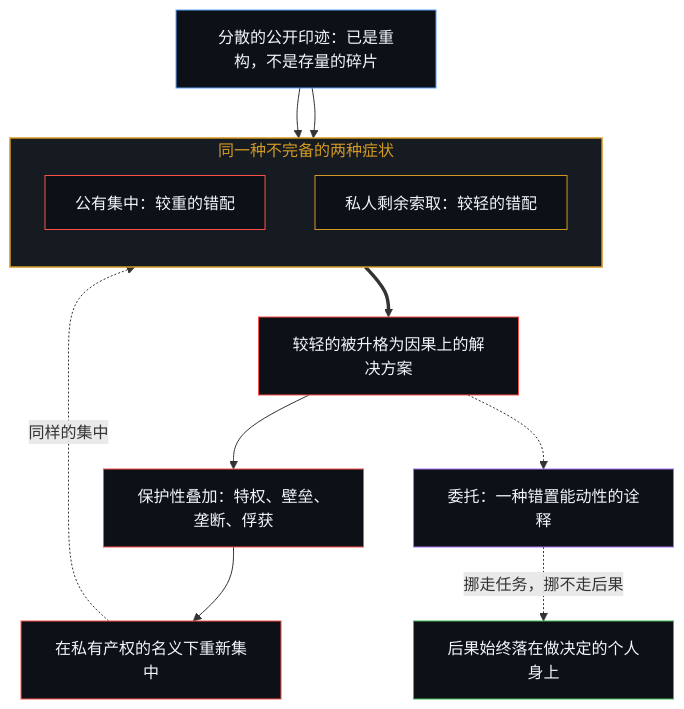
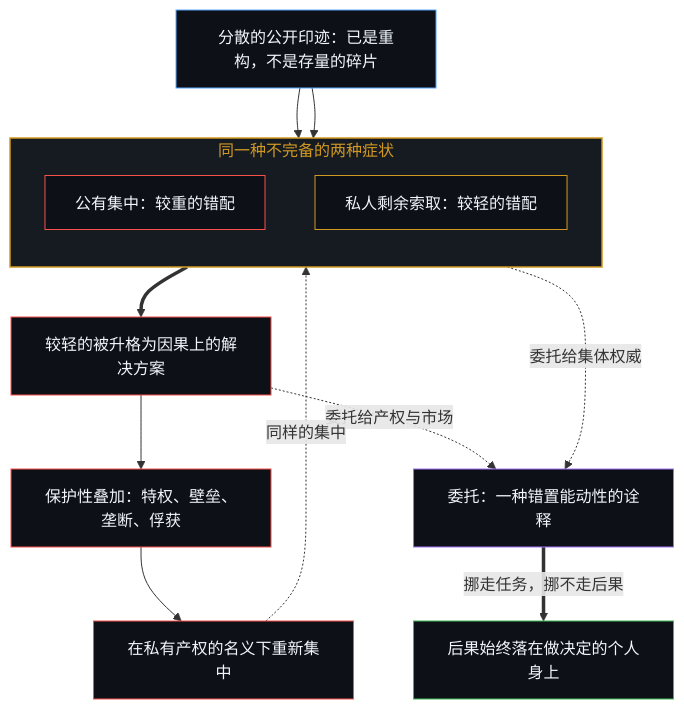
Before and after one commit to powerpig99/not-a-toe: the first of 2 diagrams in content/posts/the-knowledge-problem-and-the-illusion-of-delegation.md, drawn with Mermaid. The commit also changed other lines of this file and 3 other files, not shown here.

````diff
--- a/content/posts/the-knowledge-problem-and-the-illusion-of-delegation.md
+++ b/content/posts/the-knowledge-problem-and-the-illusion-of-delegation.md
@@ -69,29 +75,30 @@
 ```mermaid
 flowchart TD
     K["分散的公开印迹：已是重构，不是存量的碎片"]
     subgraph S_Sym["同一种不完备的两种症状"]
         direction TB
         P1["公有集中：较重的错配"]
         P2["私人剩余索取：较轻的错配"]
     end
     E["较轻的被升格为因果上的解决方案"]
     O["保护性叠加：特权、壁垒、垄断、俘获"]
     C["在私有产权的名义下重新集中"]
     D["委托：一种错置能动性的诠释"]
     I["后果始终落在做决定的个人身上"]
     K --> P1
     K --> P2
     P2 ==> E --> O --> C
     C -.->|"同样的集中"| P1
-    D -.->|"挪走任务，挪不走后果"| I
-    E -.-> D
+    D ==>|"挪走任务，挪不走后果"| I
+    P1 -.->|"委托给集体权威"| D
+    E -.->|"委托给产权与市场"| D
     style S_Sym fill:#161b22,stroke:#d29922,stroke-width:1.5px,color:#d29922
     style K fill:#0d1117,stroke:#58a6ff,stroke-width:1px,color:#f0f6fc
     style P1 fill:#0d1117,stroke:#f85149,stroke-width:1px,color:#f0f6fc
     style P2 fill:#0d1117,stroke:#d29922,stroke-width:1px,color:#f0f6fc
     style E fill:#0d1117,stroke:#f85149,stroke-width:1px,color:#f0f6fc
     style O fill:#0d1117,stroke:#f85149,stroke-width:1px,color:#f0f6fc
     style C fill:#0d1117,stroke:#f85149,stroke-width:1px,color:#f0f6fc
     style D fill:#0d1117,stroke:#a371f7,stroke-width:1px,color:#f0f6fc
     style I fill:#0d1117,stroke:#3fb950,stroke-width:1px,color:#f0f6fc
 ```
````
